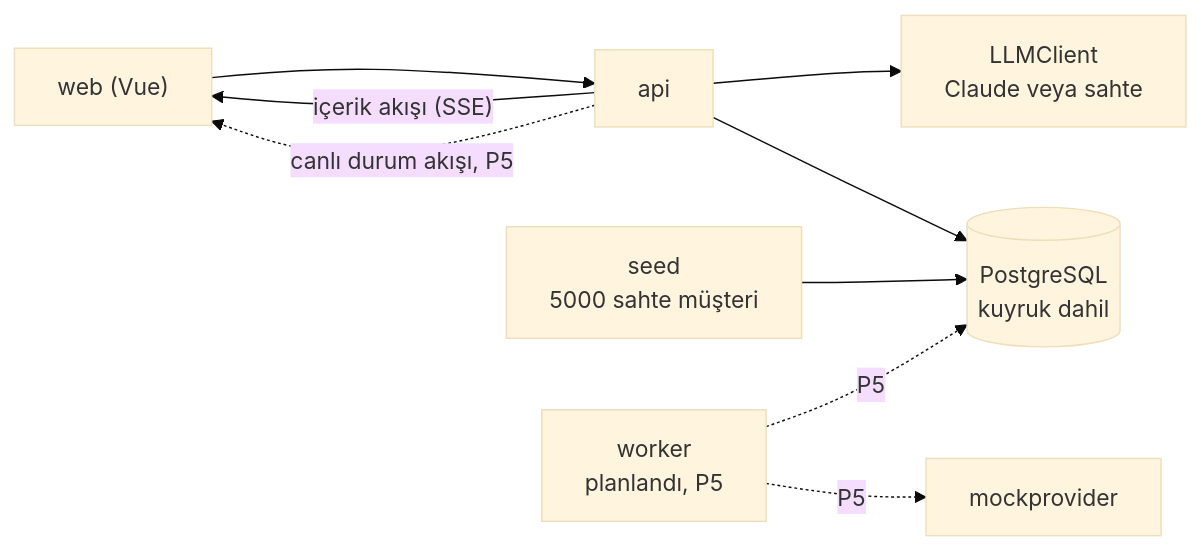
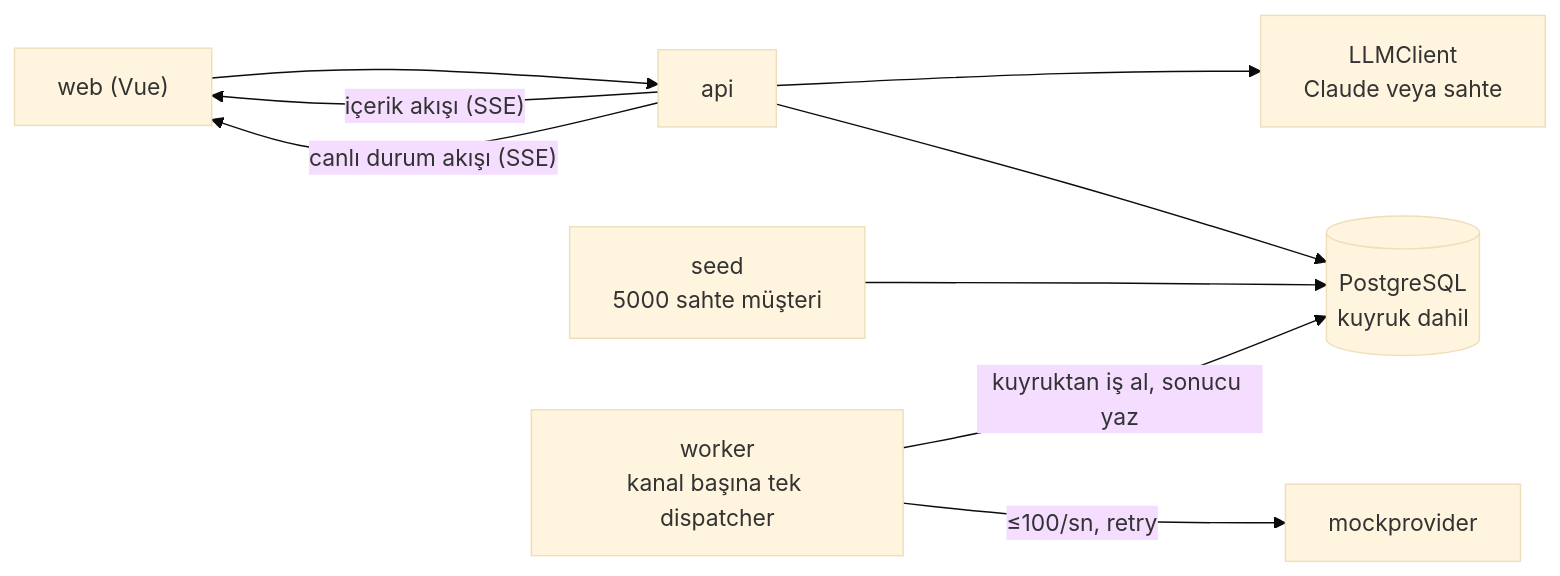
Before and after one commit to gulcint/smart-campaign-composer: the third of 3 diagrams in README.md, drawn with Mermaid (base theme). The commit also changed other lines of this file and 72 other files, not shown here.

````diff
--- a/README.md
+++ b/README.md
@@ -64,19 +67,19 @@
 ```mermaid
 flowchart LR
   web["web (Vue)"]
   api["api"]
   llm["LLMClient<br/>Claude veya sahte"]
   db[("PostgreSQL<br/>kuyruk dahil")]
   seed["seed<br/>5000 sahte müşteri"]
-  worker["worker<br/>planlandı, P5"]
+  worker["worker<br/>kanal başına tek dispatcher"]
   mock["mockprovider"]
 
   web --> api
   api -- "içerik akışı (SSE)" --> web
-  api -. "canlı durum akışı, P5" .-> web
+  api -- "canlı durum akışı (SSE)" --> web
   api --> llm
   api --> db
   seed --> db
-  worker -. "P5" .-> db
-  worker -. "P5" .-> mock
+  worker -- "kuyruktan iş al, sonucu yaz" --> db
+  worker -- "≤100/sn, retry" --> mock
 ```
````
